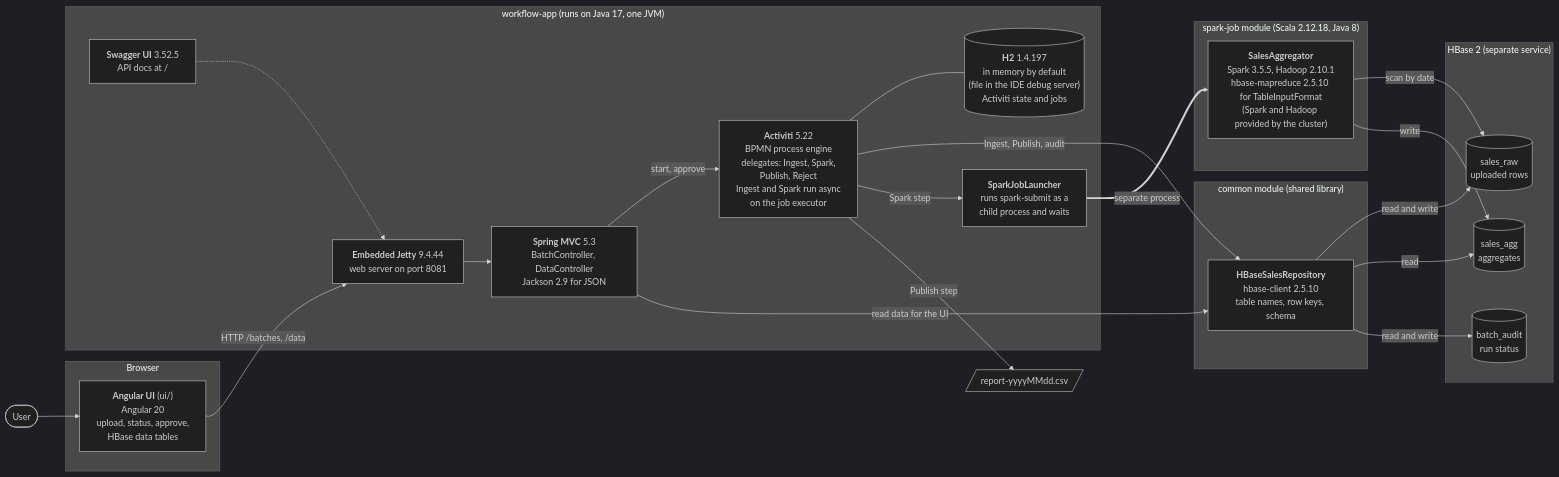
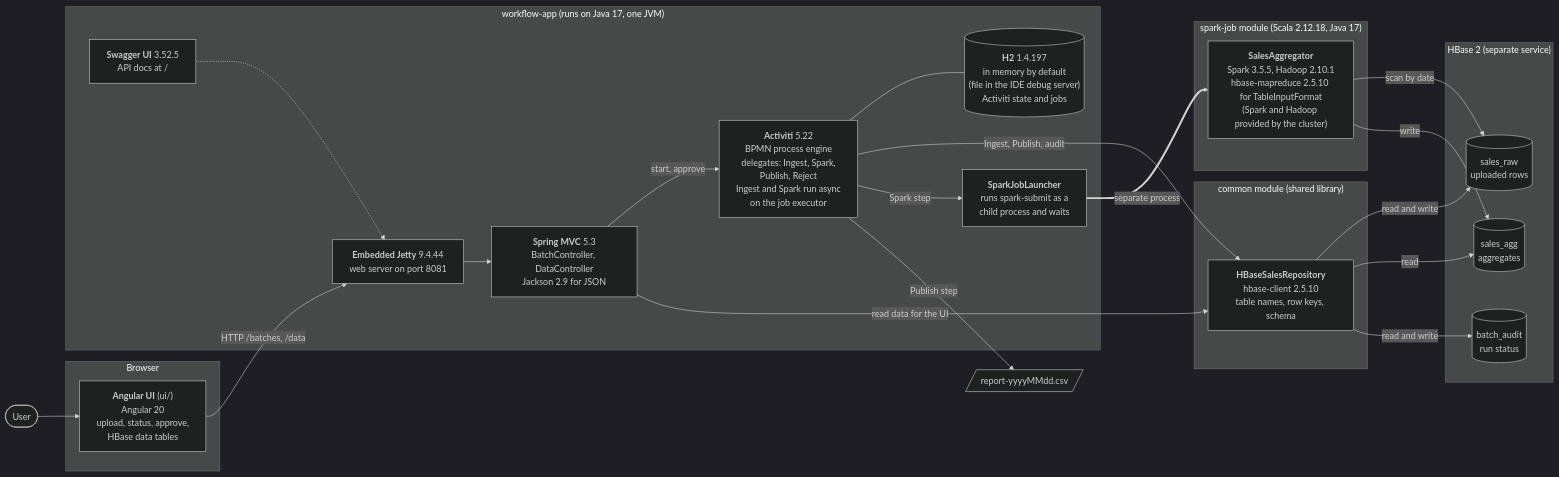
The first of 3 diagrams in ARCHITECTURE.md (ankursingh119/javapoc1.8), drawn with Mermaid (dark theme) before and after one commit. The commit also changed other lines of this file and 9 other files, not shown here.

Commit message:
SBJ17-17: Build - README, local setup, launch configurations and documents on Java 17; scalac -target dropped (Scala 2.12 emits major 52)

````diff
--- a/ARCHITECTURE.md
+++ b/ARCHITECTURE.md
@@ -15,50 +15,50 @@
 ```mermaid
 flowchart LR
     USER(["User"])
 
     subgraph BROWSER["Browser"]
         UI["<b>Angular UI</b> (ui/)<br/>Angular 20<br/>upload, status, approve,<br/>HBase data tables"]
     end
 
     subgraph APP["workflow-app (runs on Java 17, one JVM)"]
         JET["<b>Embedded Jetty</b> 9.4.44<br/>web server on port 8081"]
         MVC["<b>Spring MVC</b> 5.3<br/>BatchController, DataController<br/>Jackson 2.9 for JSON"]
         ACT["<b>Activiti</b> 5.22<br/>BPMN process engine<br/>delegates: Ingest, Spark,<br/>Publish, Reject<br/>Ingest and Spark run async<br/>on the job executor"]
         H2[("<b>H2</b> 1.4.197<br/>in memory by default<br/>(file in the IDE debug server)<br/>Activiti state and jobs")]
         SW["<b>Swagger UI</b> 3.52.5<br/>API docs at /"]
         LAUNCH["<b>SparkJobLauncher</b><br/>runs spark-submit as a<br/>child process and waits"]
     end
 
     subgraph COMMON["common module (shared library)"]
         REPO["<b>HBaseSalesRepository</b><br/>hbase-client 2.5.10<br/>table names, row keys, schema"]
     end
 
-    subgraph SPARKMOD["spark-job module (Scala 2.12.18, Java 8)"]
+    subgraph SPARKMOD["spark-job module (Scala 2.12.18, Java 17)"]
         AGG["<b>SalesAggregator</b><br/>Spark 3.5.5, Hadoop 2.10.1<br/>hbase-mapreduce 2.5.10 for TableInputFormat<br/>(Spark and Hadoop provided by the cluster)"]
     end
 
     subgraph HBASE["HBase 2 (separate service)"]
         RAW[("sales_raw<br/>uploaded rows")]
         AGGT[("sales_agg<br/>aggregates")]
         AUD[("batch_audit<br/>run status")]
     end
 
     REPORT[/"report-yyyyMMdd.csv"/]
 
     USER --> UI
     UI -->|"HTTP /batches, /data"| JET
     JET --> MVC
     SW -.-> JET
     MVC -->|"start, approve"| ACT
     ACT --- H2
     ACT -->|"Ingest, Publish, audit"| REPO
     MVC -->|"read data for the UI"| REPO
     ACT -->|"Spark step"| LAUNCH
     LAUNCH ==>|"separate process"| AGG
     REPO -->|"read and write"| RAW
     REPO -->|"read"| AGGT
     REPO -->|"read and write"| AUD
     AGG -->|"scan by date"| RAW
     AGG -->|"write"| AGGT
     ACT -->|"Publish step"| REPORT
 ```
````
